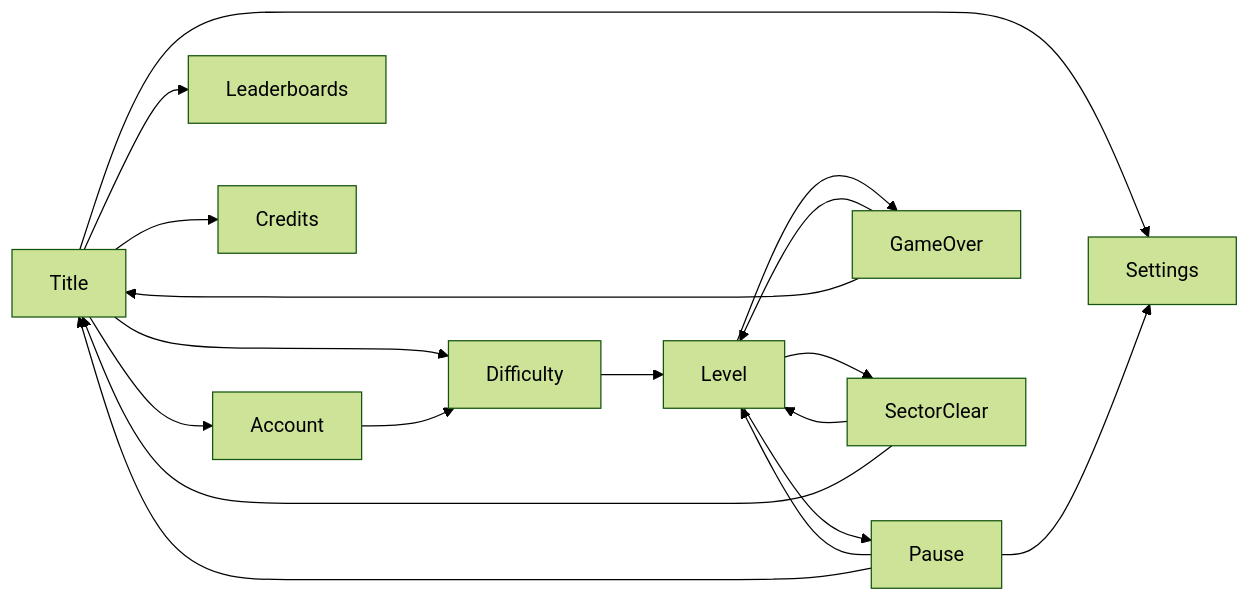
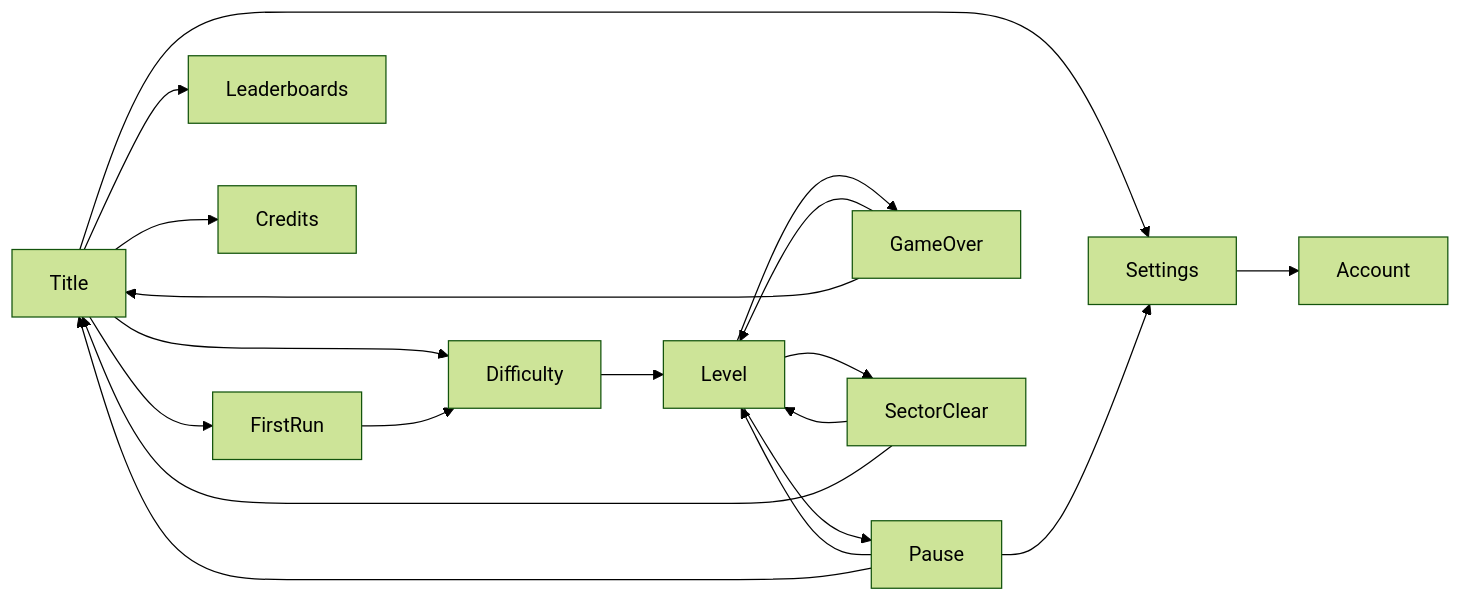
Before and after one commit to DFTGames/UnityMCPWorkflow: the diagram in YASS-2026/07 UI and UX/UI Flow and Screens.md, drawn with Mermaid (forest theme). The commit also changed other lines of this file and 33 other files, not shown here.

````diff
--- a/YASS-2026/07 UI and UX/UI Flow and Screens.md
+++ b/YASS-2026/07 UI and UX/UI Flow and Screens.md
@@ -15,20 +15,21 @@
 ```mermaid
 flowchart LR
-  Title --> Account
+  Title --> FirstRun
+  Settings --> Account
   Title --> Difficulty
   Title --> Leaderboards
   Title --> Settings
   Title --> Credits
-  Account --> Difficulty
+  FirstRun --> Difficulty
   Difficulty --> Level
   Level --> Pause
   Pause --> Level
   Pause --> Settings
   Pause --> Title
   Level --> GameOver
   Level --> SectorClear
   GameOver --> Level
   SectorClear --> Level
   GameOver --> Title
   SectorClear --> Title
 ```
````
